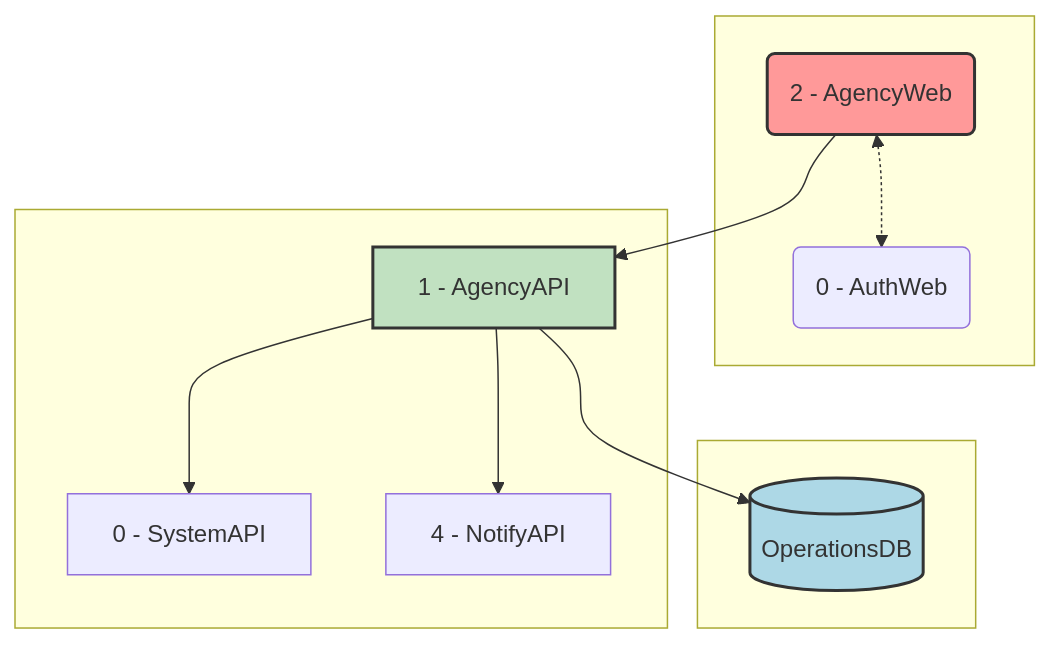
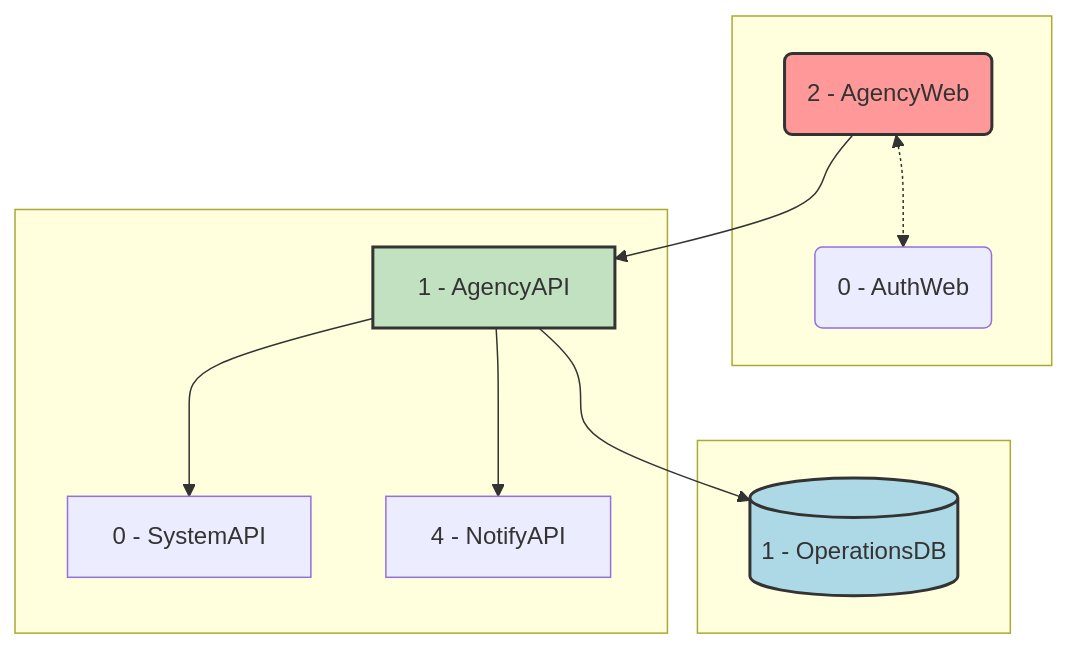
One commit to AstroBookings/.github changed the first of 2 diagrams in profile/1-analysis/5_1-astrobookings-agency-management-domain.md. Above: the diagram before and after it, drawn with Mermaid. The commit also changed 2 other files, not shown here.

Commit message:
feat: domain 3

````diff
--- a/profile/1-analysis/5_1-astrobookings-agency-management-domain.md
+++ b/profile/1-analysis/5_1-astrobookings-agency-management-domain.md
@@ -70,38 +70,38 @@
 ```mermaid
 graph TD
     subgraph Web Applications[" "]
         AgencyWeb(2 - AgencyWeb)
         AuthWeb(0 - AuthWeb)
     end
 
     subgraph API Services[" "]
         AgencyAPI[1 - AgencyAPI]
         SystemAPI[0 - SystemAPI]
         NotifyAPI[4 - NotifyAPI]
     end
 
     subgraph Databases[" "]
-        OperationsDB[(OperationsDB)]
+        OperationsDB[(1 - OperationsDB)]
     end
 
     %% Web to Web connections
     AgencyWeb <-.-> AuthWeb
 
     %% Web to API connections
     AgencyWeb --> AgencyAPI
 
     %% API to API connections
     AgencyAPI --> SystemAPI
     AgencyAPI --> NotifyAPI
 
     %% API to Database connection
     AgencyAPI --> OperationsDB
 
     %% Style
     classDef web fill:#FF9999,stroke:#333,stroke-width:2px;
     classDef api fill:#C1E1C1,stroke:#333,stroke-width:2px;
     classDef db fill:#ADD8E6,stroke:#333,stroke-width:2px;
     class AgencyWeb web;
     class AgencyAPI api;
     class OperationsDB db;
 ```
````
